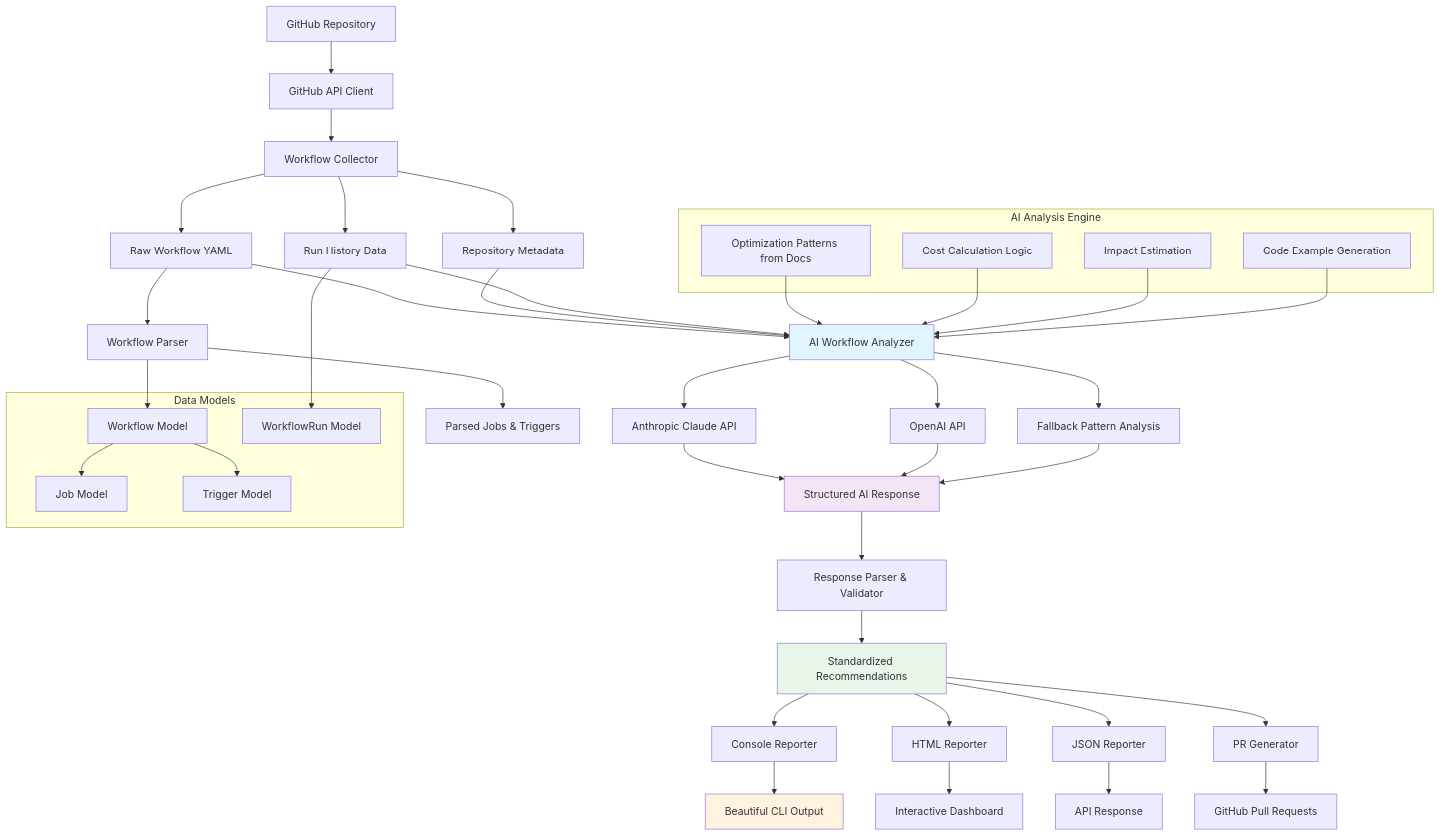
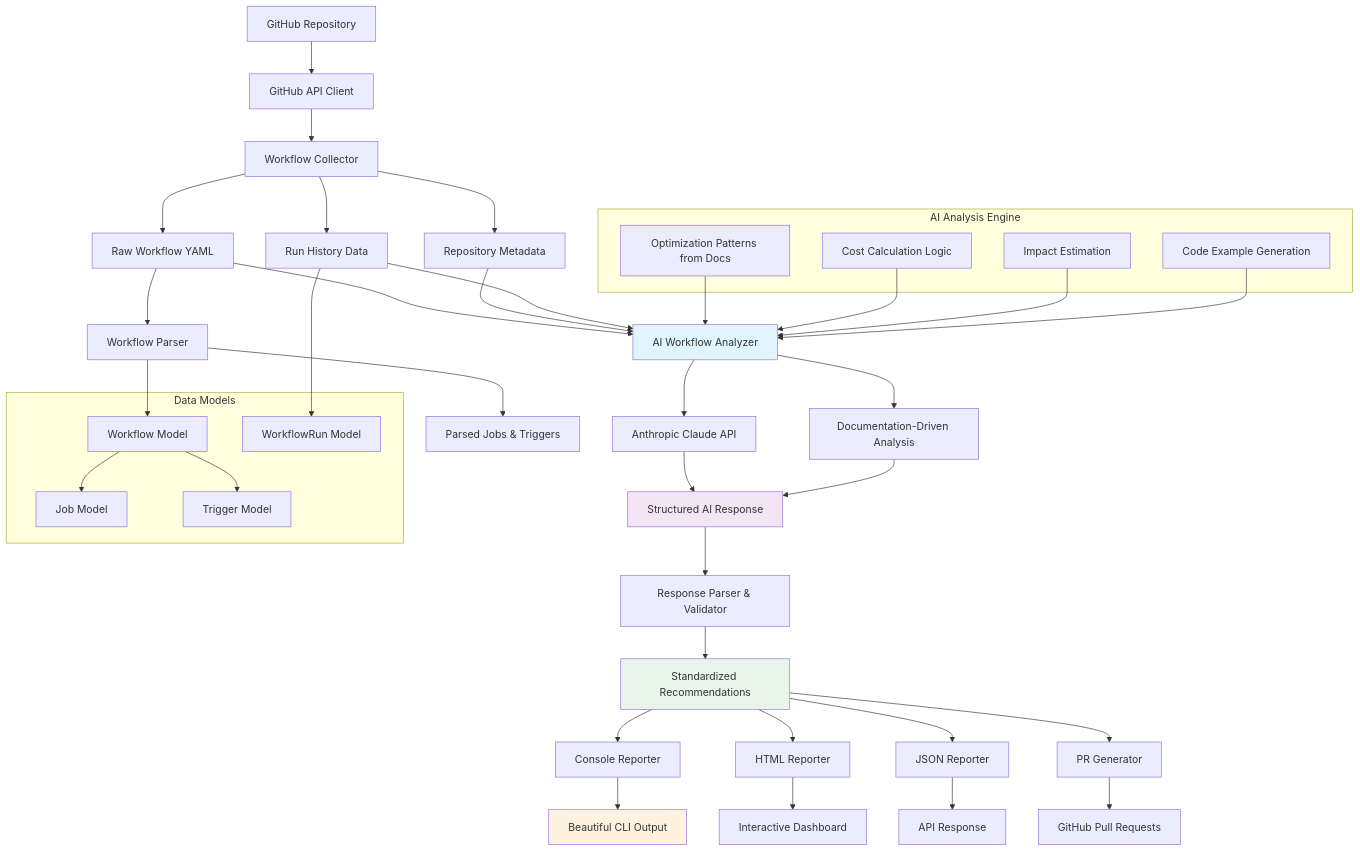
The diagram in docs/architecture.md (BohdanBykov/gha-optimizer), drawn with Mermaid before and after one commit. The commit also changed other lines of this file and 13 other files, not shown here.

````diff
--- a/docs/architecture.md
+++ b/docs/architecture.md
@@ -5,65 +5,63 @@
 ```mermaid
 graph TD
     A[GitHub Repository] --> B[GitHub API Client]
     B --> C[Workflow Collector]
     C --> D[Raw Workflow YAML]
     C --> E[Repository Metadata]
     C --> F[Run History Data]
     
     D --> G[Workflow Parser]
     G --> H[Parsed Jobs & Triggers]
     
     D --> I[AI Workflow Analyzer]
     E --> I
     F --> I
     
     I --> J[Anthropic Claude API]
-    I --> K[OpenAI API]
-    I --> L[Fallback Pattern Analysis]
+    I --> K[Documentation-Driven Analysis]
     
     J --> M[Structured AI Response]
     K --> M
-    L --> M
     
     M --> N[Response Parser & Validator]
     N --> O[Standardized Recommendations]
     
     O --> P[Console Reporter]
     O --> Q[HTML Reporter]
     O --> R[JSON Reporter]
     O --> S[PR Generator]
     
     P --> T[Beautiful CLI Output]
     Q --> U[Interactive Dashboard]
     R --> V[API Response]
     S --> W[GitHub Pull Requests]
     
     subgraph "AI Analysis Engine"
         AA[Optimization Patterns from Docs]
         BB[Cost Calculation Logic]
         CC[Impact Estimation]
         DD[Code Example Generation]
     end
     
     AA --> I
     BB --> I
     CC --> I
     DD --> I
     
     subgraph "Data Models"
         EE[Workflow Model]
         FF[Job Model]
         GG[Trigger Model]
         HH[WorkflowRun Model]
     end
     
     G --> EE
     EE --> FF
     EE --> GG
     F --> HH
     
     style I fill:#e1f5fe
     style M fill:#f3e5f5
     style O fill:#e8f5e8
     style T fill:#fff3e0
 ```
````
